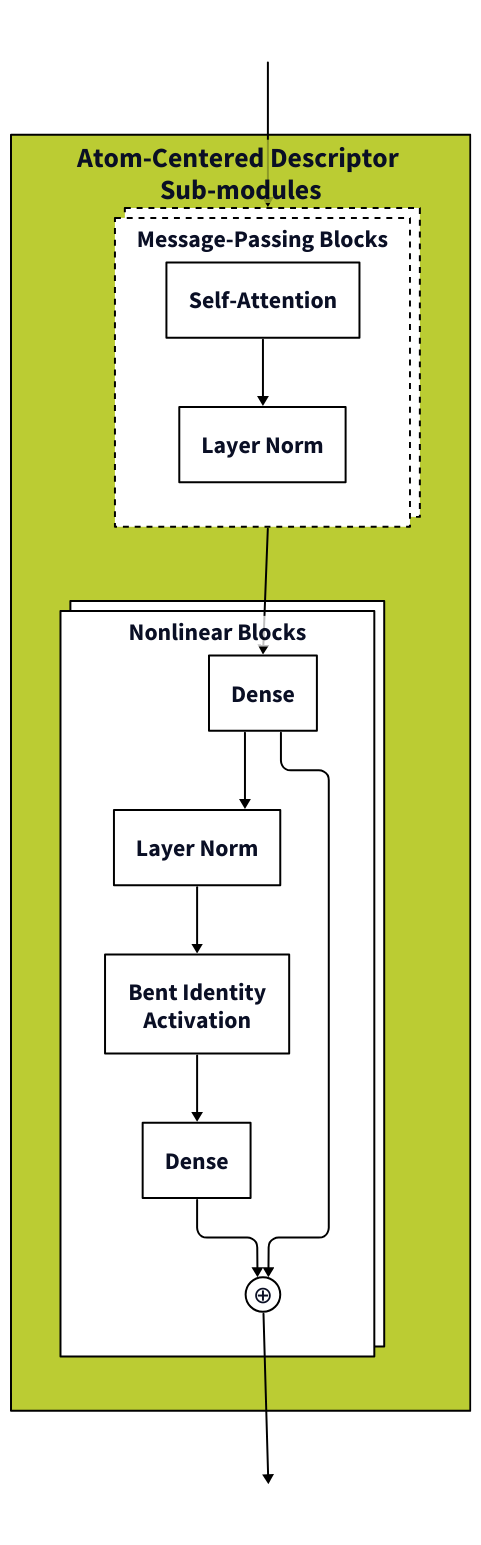
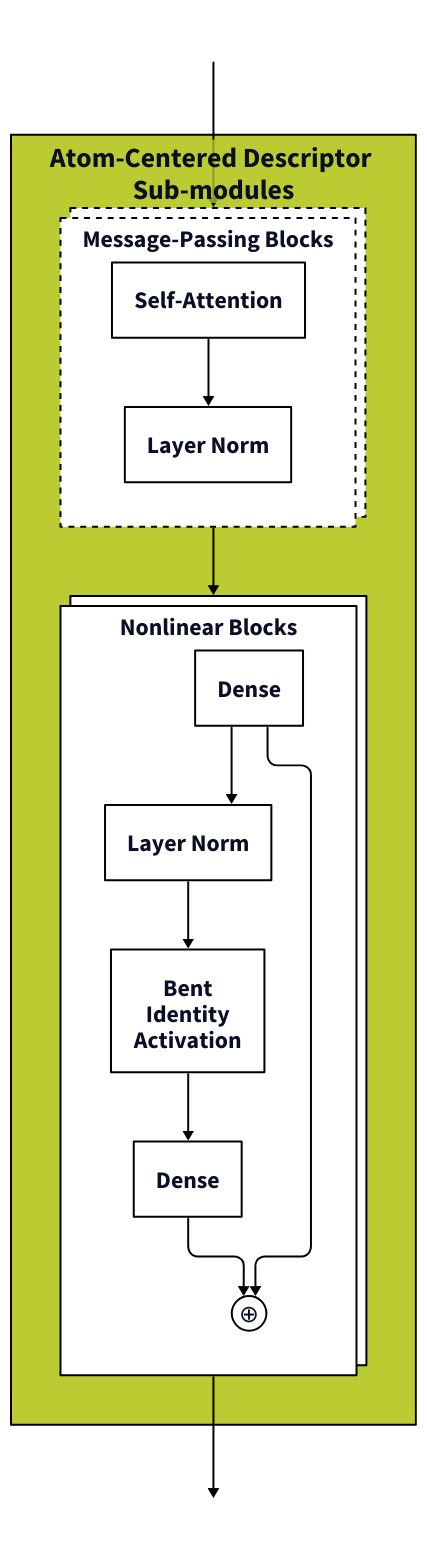
Before and after one commit to SamsungDS/gears_h: the diagram in architecture_figures/2b_ac_submodules.d2, drawn with D2.

Commit message:
Connect to blocks rather than subblocks to stop d2 from making angled lines after making multiple NL blocks explicit.

```diff
--- a/architecture_figures/2b_ac_submodules.d2
+++ b/architecture_figures/2b_ac_submodules.d2
@@ -1,116 +1,116 @@
 # direction: right
  
 vars: {
     d2-config: {
       layout-engine: elk
       pad: 10
     #   theme-id: 101
     }
 }
 
 ac: Atom-Centered Descriptor \n Sub-modules {
     class: ac
     mp_block:  Message-Passing Blocks {
         class: in_module
         direction: right
         style: {stroke-dash: 3; multiple: true}
         sa: Self-Attention {class: in_module}
         mpln: Layer Norm{class: in_module}
         sa -> mpln: {style: {stroke: "#000000"; font-color: black}}
     }
     nl_block: Nonlinear Blocks {
         class: in_module
         style: {multiple: true}
         nld1: Dense {class: in_module}
         nld2: Dense {class: in_module}
         nlln: Layer Norm {class: in_module}
-        nlbia: Bent Identity\nActivation {class: in_module}
+        nlbia: Bent\nIdentity\nActivation {class: in_module}
         nlrc: ⊕ {class: operator}
         nld1 -> nlln -> nlbia -> nld2: {style: {stroke: "#000000"; font-color: black}}
         nld1 -> nlrc: {style: {stroke: "#000000"; font-color: black}}
         nld2 -> nlrc: {style: {stroke: "#000000"; font-color: black}}
     }
 
-    mp_block -> nl_block.nld1: {style: {stroke: "#000000"; font-color: black}}
+    mp_block -> nl_block: {style: {stroke: "#000000"; font-color: black}}
 }
 embedding_for_rescon: {class: empty; label: ""}
 indexed_sum_for_mp: {class: empty; label: ""}
 indexed_sum_for_mp -> ac.mp_block: {style: {stroke: "#000000"; font-color: black}}
 nlout: {class: empty; label: ""}
-ac.nl_block.nlrc -> nlout: {style: {stroke: "#000000"; font-color: black}}
+ac.nl_block -> nlout: {style: {stroke: "#000000"; font-color: black}}
 
 classes: {
     operator: {shape: circle
                width: 35
                height: 35
                style: {fill: "#FFFFFF"
                        stroke: "#000000"
                        font-size: 24
                       }
     }
     empty: {
             width: 50
             height: 50
             style: {
                 fill: transparent
                 stroke: transparent
                 font-size: 24
             }
     }
     sarb: {
         style: {
             fill: "#44BB99"
             stroke: "#000000"
         }
     }
     in_module: {
         style: {
             fill: "#FFFFFF"
             stroke: "#000000"
             bold: true
             font-size: 24
         }
     }
     ac: {
         style: {
             fill: "#BBCC33"
             stroke: "#000000"
             bold: true
             font-size: 28
         }
     }
     bc: {
         style: {
             fill: "#EEDD88"
             stroke: "#000000"
         }
     }
     rd: {
         style: {
             fill: "#EE8866"
             stroke: "#000000"
         }
     }
     ro: {
         style: {
             fill: "#FFAABB"
             stroke: "#000000"
         }
     }
     outs: {
         style: {
             fill: "#DDDDDD"
             stroke: "#000000"
             multiple: true
         }
     }
     input : {
         width: 50
         height: 50
         style: {
             fill: "#99DDFF"
             stroke: "#000000"
             multiple: true
         }
     }
 }
```
